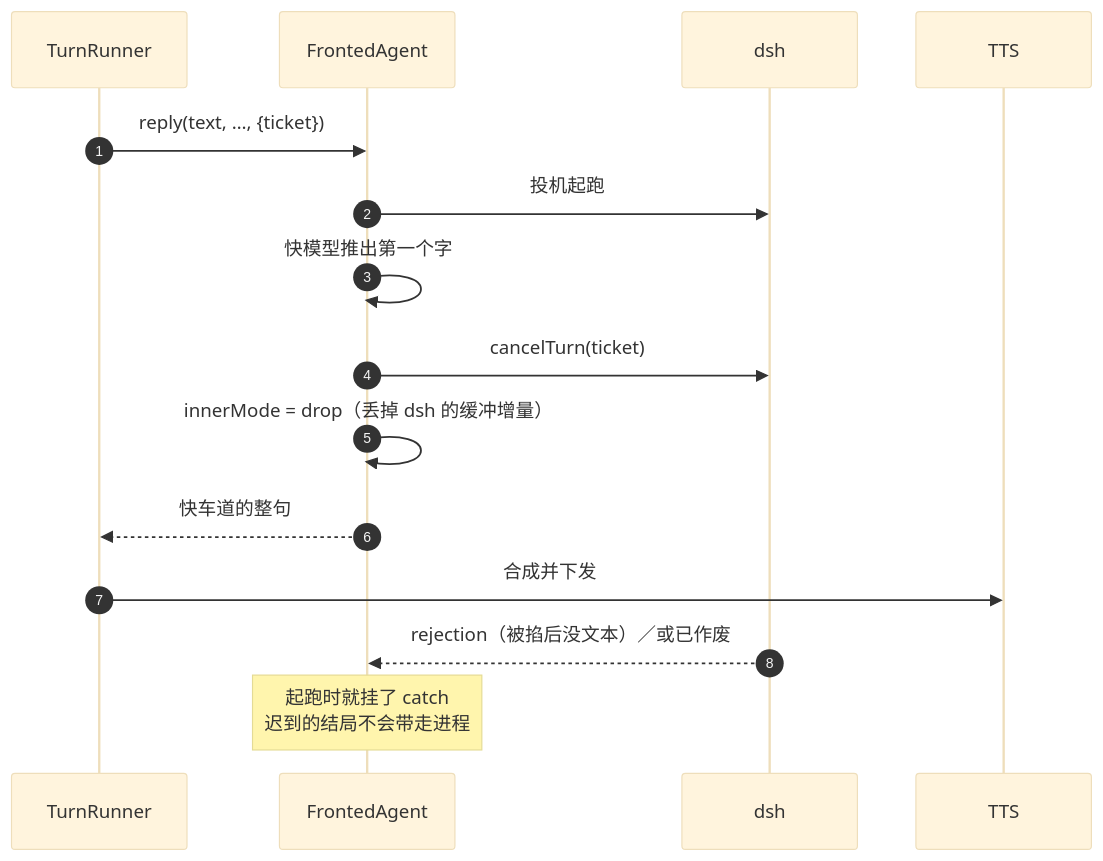
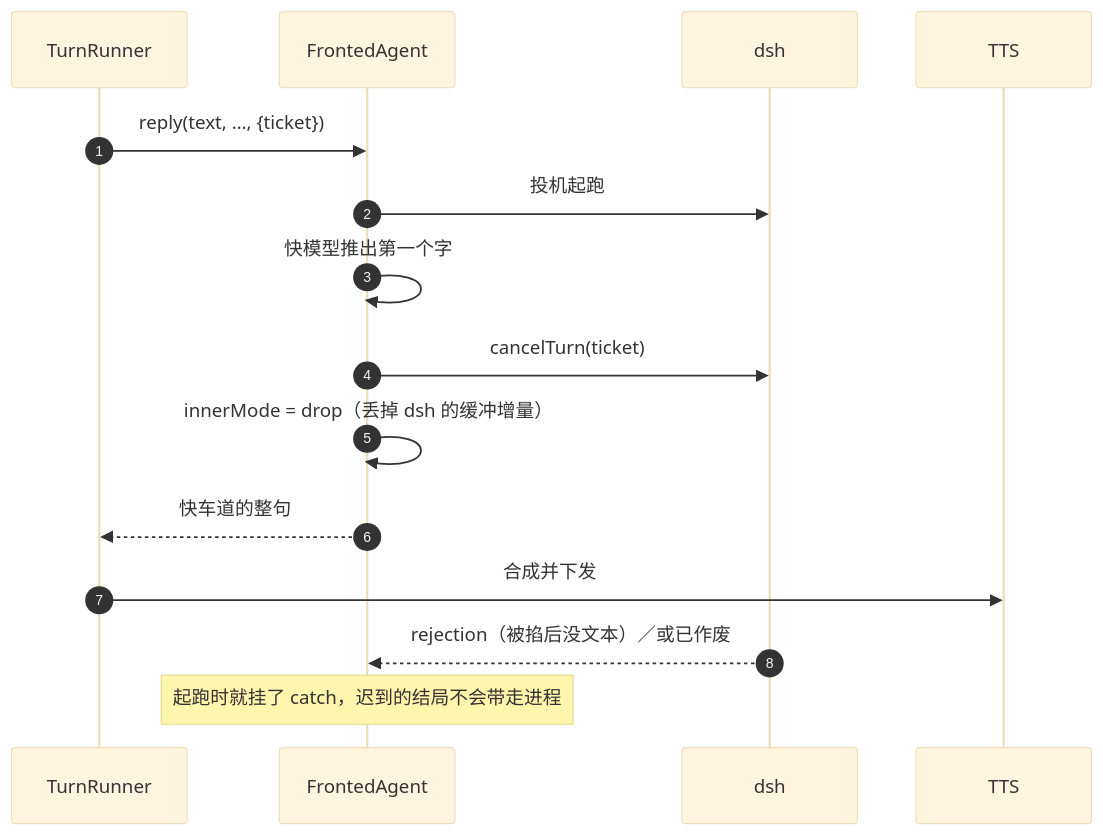
One commit to slchy/dsh-pet-wearable changed the tenth of 11 diagrams in docs/state-machines.md. Above: the diagram before and after it, drawn with Mermaid (base theme). The commit also changed other lines of this file and 9 other files, not shown here.

````diff
--- a/docs/state-machines.md
+++ b/docs/state-machines.md
@@ -791,18 +859,18 @@
 ```mermaid
 sequenceDiagram
     autonumber
     participant TR as TurnRunner
     participant FA as FrontedAgent
     participant D as dsh
     participant T as TTS
 
     TR->>FA: reply(text, …, {ticket})
     FA->>D: 投机起跑
     FA->>FA: 快模型推出第一个字
     FA->>D: cancelTurn(ticket)
     FA->>FA: innerMode = drop（丢掉 dsh 的缓冲增量）
     FA-->>TR: 快车道的整句
     TR->>T: 合成并下发
     D-->>FA: rejection（被掐后没文本）／或已作废
-    Note over FA: 起跑时就挂了 catch<br/>迟到的结局不会带走进程
+    Note over FA: 起跑时就挂了 catch，迟到的结局不会带走进程
 ```
````
